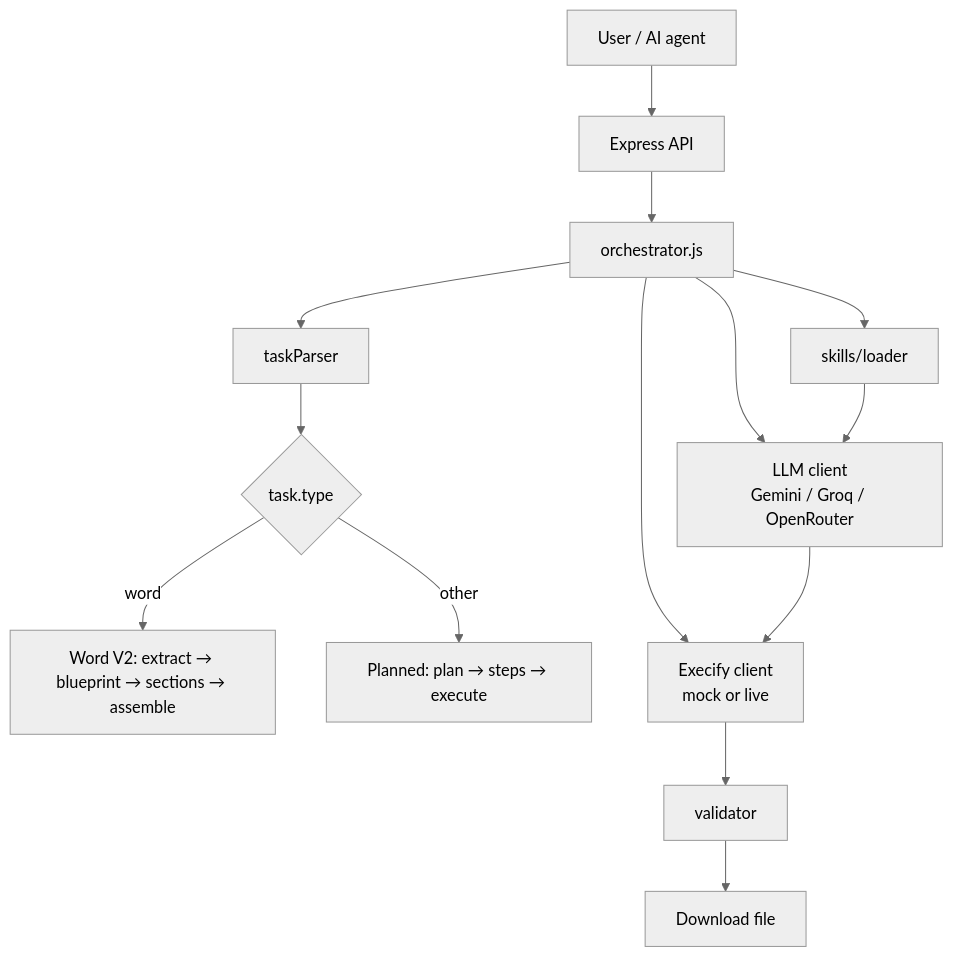
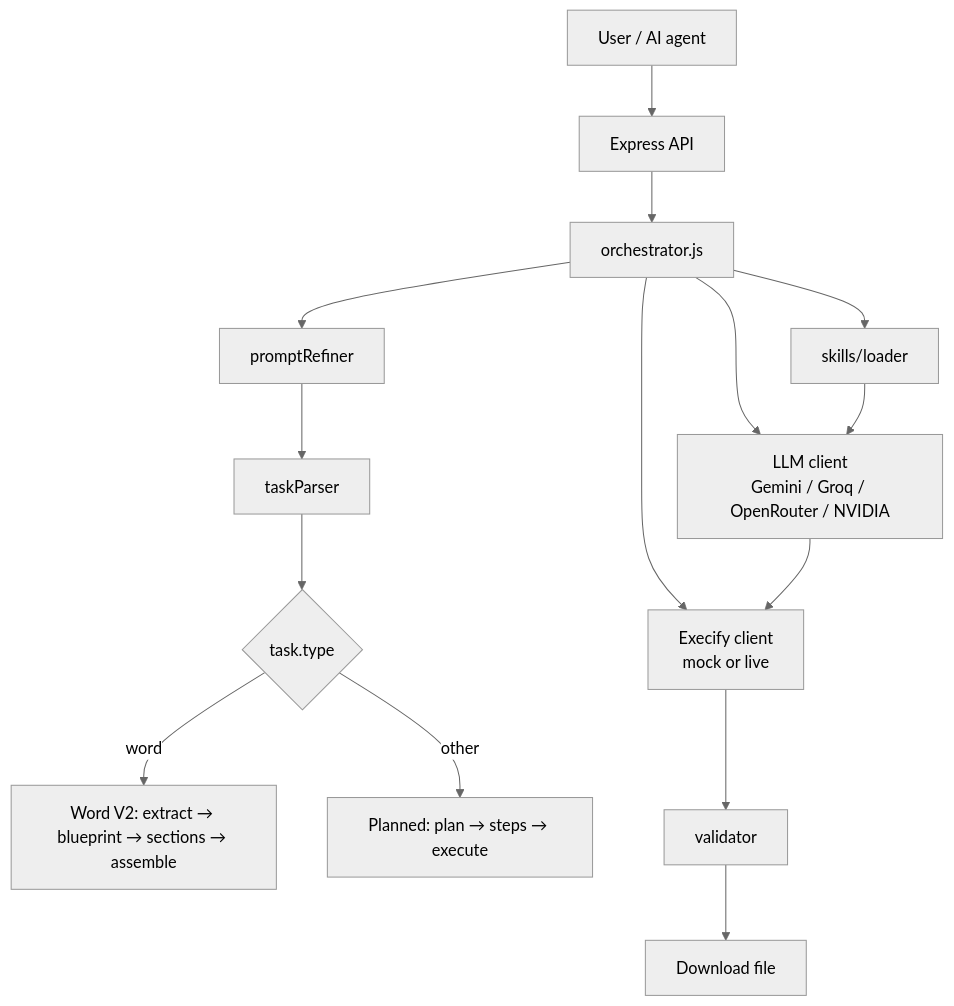
One commit to DharambirAgrawal/CODEWEAVER changed the diagram in README.md. Above: the diagram before and after it, drawn with Mermaid (neutral theme). The commit also changed other lines of this file and 32 other files, not shown here.

````diff
--- a/README.md
+++ b/README.md
@@ -12,16 +12,17 @@
 ```mermaid
 flowchart TB
     User[User / AI agent] --> API[Express API]
     API --> Orch[orchestrator.js]
-    Orch --> Parse[taskParser]
+    Orch --> Refine[promptRefiner]
+    Refine --> Parse[taskParser]
     Parse --> Branch{task.type}
     Branch -->|word| W[Word V2: extract → blueprint → sections → assemble]
     Branch -->|other| P[Planned: plan → steps → execute]
     Orch --> Skills[skills/loader]
-    Orch --> LLM[LLM client\nGemini / Groq / OpenRouter]
+    Orch --> LLM[LLM client\nGemini / Groq / OpenRouter / NVIDIA]
     Orch --> Ex[Execify client\nmock or live]
     Skills --> LLM
     LLM --> Ex
     Ex --> Val[validator]
     Val --> DL[Download file]
 ```
````
